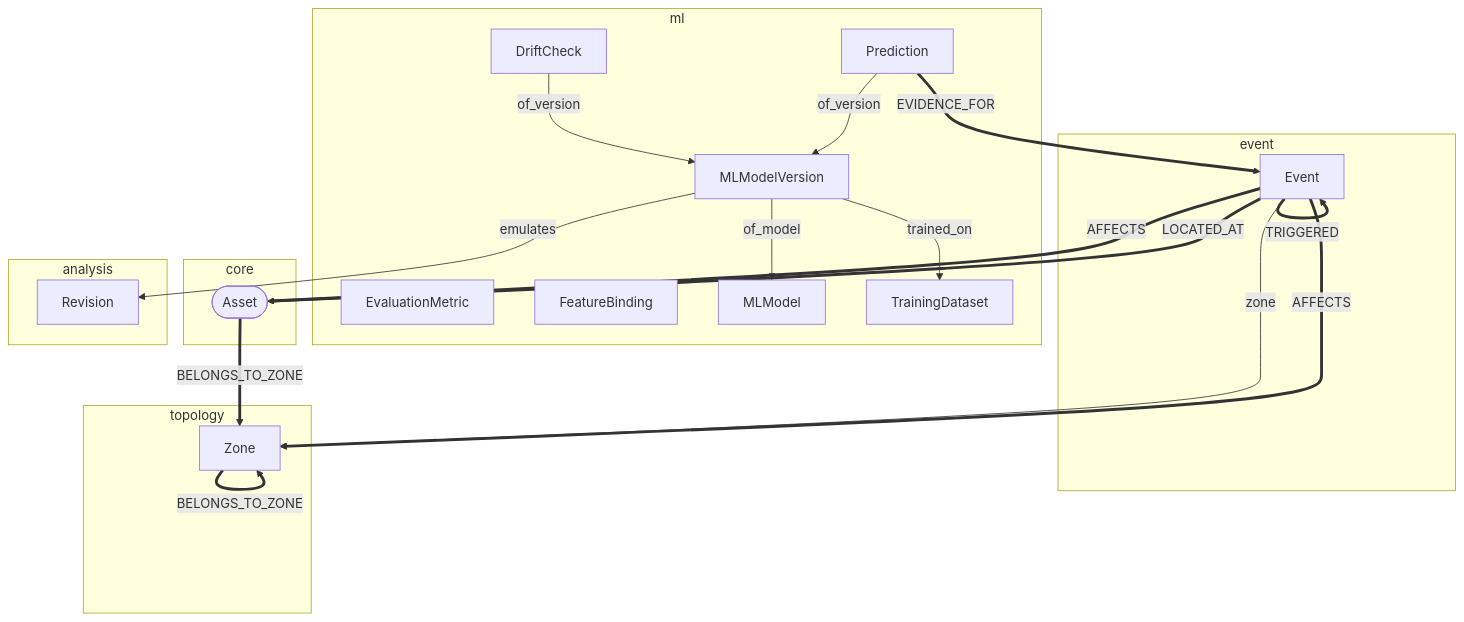
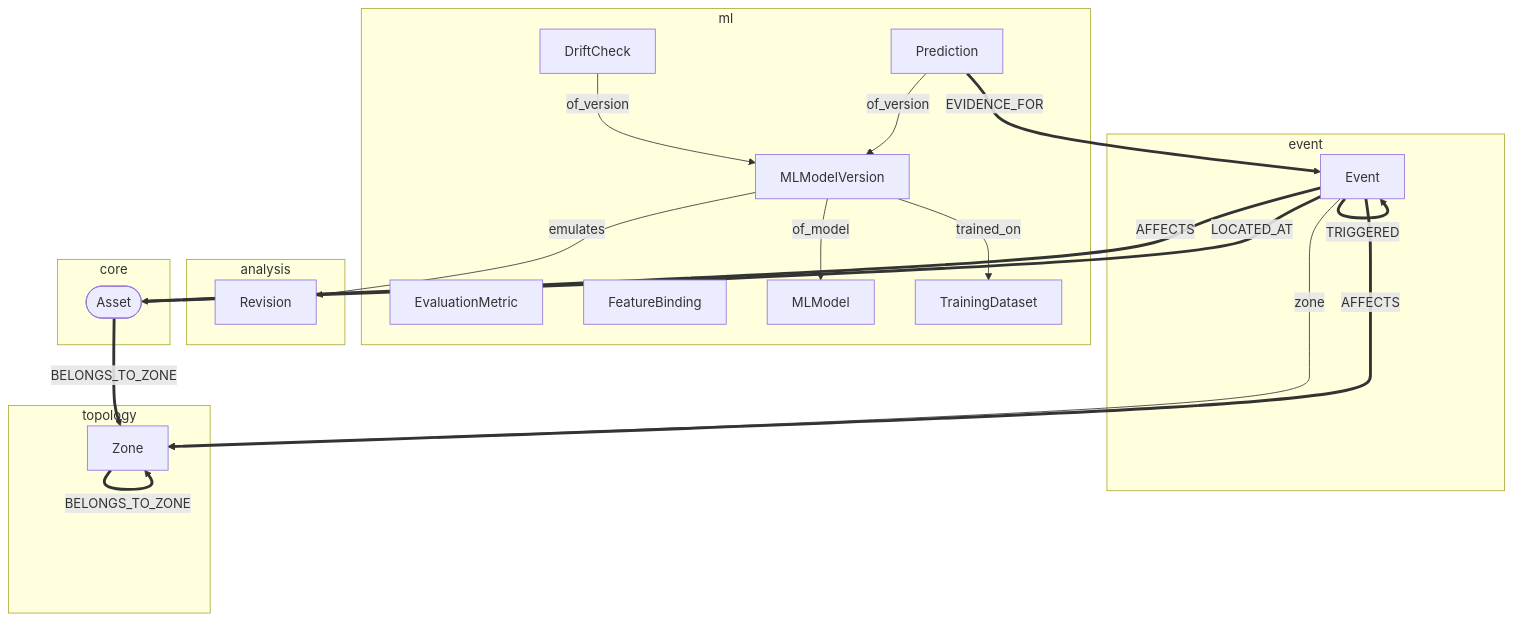
The fourth of 5 diagrams in docs/diagrams/knowledge-graph.md (HydroCouple/water-ontology), drawn with Mermaid before and after one commit. The commit also changed other lines of this file and 21 other files, not shown here.

````diff
--- a/docs/diagrams/knowledge-graph.md
+++ b/docs/diagrams/knowledge-graph.md
@@ -210,40 +210,40 @@
 ```mermaid
 flowchart TB
+  subgraph wsys_event["event"]
+    Event["Event"]
+  end
   subgraph wsys_ml["ml"]
     DriftCheck["DriftCheck"]
     EvaluationMetric["EvaluationMetric"]
     FeatureBinding["FeatureBinding"]
     MLModel["MLModel"]
     MLModelVersion["MLModelVersion"]
     Prediction["Prediction"]
     TrainingDataset["TrainingDataset"]
   end
-  subgraph wsys_event["event"]
-    Event["Event"]
-  end
-  subgraph wsys_core["core"]
-    Asset(["Asset"])
+  subgraph wsys_analysis["analysis"]
+    Revision["Revision"]
   end
   subgraph wsys_topology["topology"]
     Zone["Zone"]
   end
-  subgraph wsys_analysis["analysis"]
-    Revision["Revision"]
+  subgraph wsys_core["core"]
+    Asset(["Asset"])
   end
   DriftCheck -- of_version --> MLModelVersion
   Event -- zone --> Zone
   MLModelVersion -- of_model --> MLModel
   MLModelVersion -- trained_on --> TrainingDataset
   MLModelVersion -- emulates --> Revision
   Prediction -- of_version --> MLModelVersion
   Asset == BELONGS_TO_ZONE ==> Zone
   Zone == BELONGS_TO_ZONE ==> Zone
   Event == AFFECTS ==> Asset
   Event == AFFECTS ==> Zone
   Event == LOCATED_AT ==> Asset
   Prediction == EVIDENCE_FOR ==> Event
   Event == EVIDENCE_FOR ==> Event
   Event == CAUSED_BY ==> Event
   Event == PART_OF ==> Event
   Event == TRIGGERED ==> Event
 ```
````
